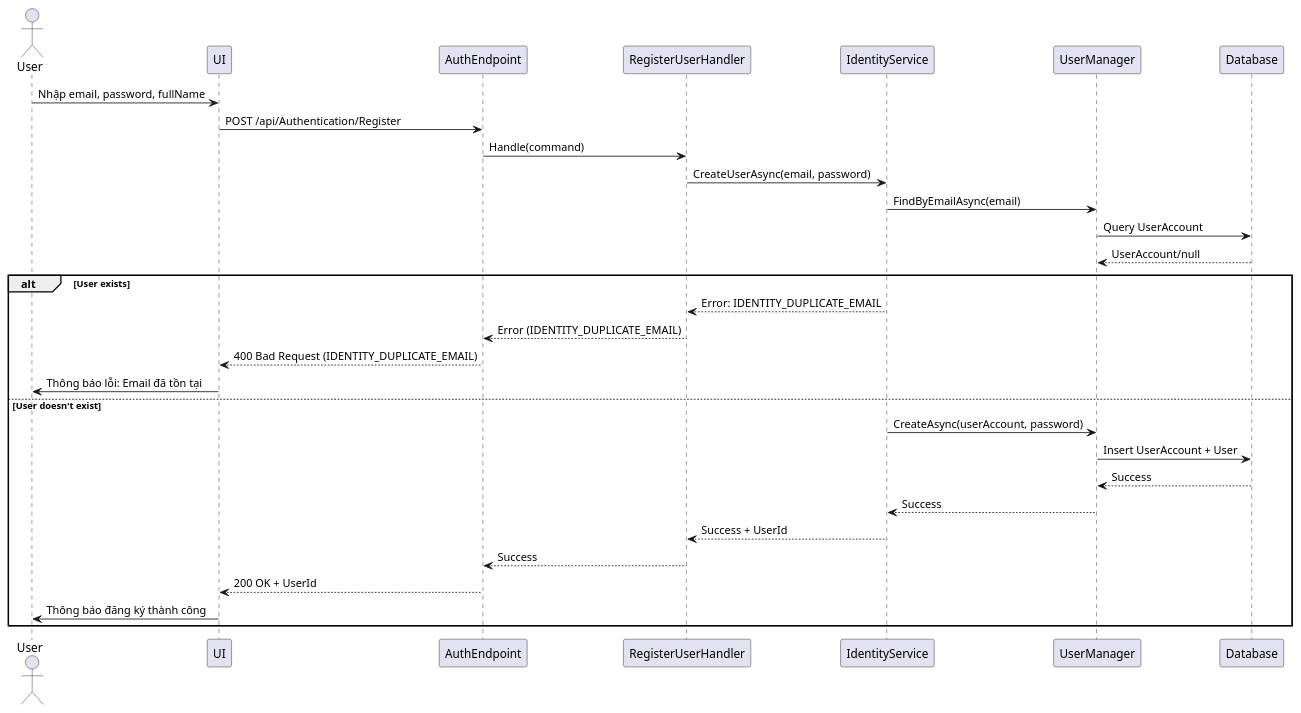
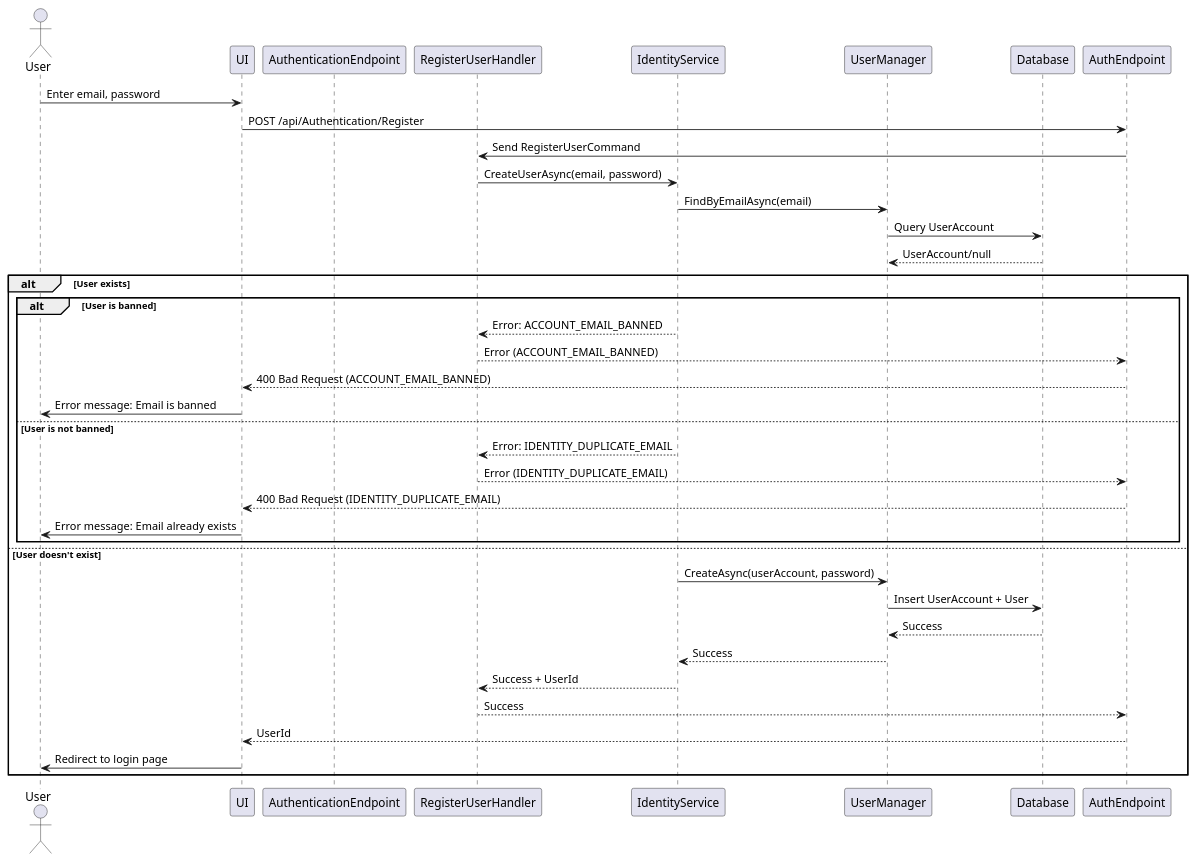
One commit to thanhkhac/SEP_Diagram changed the diagram in authentication/Sequence/01_Register.puml. Above: the diagram before and after it, drawn with PlantUML. The commit also changed 2 other files, not shown here.

Commit message:
Register

```diff
--- a/authentication/Sequence/01_Register.puml
+++ b/authentication/Sequence/01_Register.puml
@@ -1,32 +1,39 @@
 @startuml
 actor User
 participant UI
-participant AuthEndpoint
+participant AuthenticationEndpoint
 participant RegisterUserHandler
 participant IdentityService
 participant UserManager
 participant Database
 
-User -> UI : Nhập email, password, fullName
+User -> UI : Enter email, password
 UI -> AuthEndpoint : POST /api/Authentication/Register
-AuthEndpoint -> RegisterUserHandler : Handle(command)
+AuthEndpoint -> RegisterUserHandler : Send RegisterUserCommand
 RegisterUserHandler -> IdentityService : CreateUserAsync(email, password)
 IdentityService -> UserManager : FindByEmailAsync(email)
 UserManager -> Database : Query UserAccount
 Database --> UserManager : UserAccount/null
 alt User exists
-    IdentityService --> RegisterUserHandler : Error: IDENTITY_DUPLICATE_EMAIL
-    RegisterUserHandler --> AuthEndpoint : Error (IDENTITY_DUPLICATE_EMAIL)
-    AuthEndpoint --> UI : 400 Bad Request (IDENTITY_DUPLICATE_EMAIL)
-    UI -> User : Thông báo lỗi: Email đã tồn tại
+    alt User is banned
+        IdentityService --> RegisterUserHandler : Error: ACCOUNT_EMAIL_BANNED
+        RegisterUserHandler --> AuthEndpoint : Error (ACCOUNT_EMAIL_BANNED)
+        AuthEndpoint --> UI : 400 Bad Request (ACCOUNT_EMAIL_BANNED)
+        UI -> User : Error message: Email is banned
+    else User is not banned
+        IdentityService --> RegisterUserHandler : Error: IDENTITY_DUPLICATE_EMAIL
+        RegisterUserHandler --> AuthEndpoint : Error (IDENTITY_DUPLICATE_EMAIL)
+        AuthEndpoint --> UI : 400 Bad Request (IDENTITY_DUPLICATE_EMAIL)
+        UI -> User : Error message: Email already exists
+    end
 else User doesn't exist
     IdentityService -> UserManager : CreateAsync(userAccount, password)
     UserManager -> Database : Insert UserAccount + User
     Database --> UserManager : Success
     UserManager --> IdentityService : Success
     IdentityService --> RegisterUserHandler : Success + UserId
     RegisterUserHandler --> AuthEndpoint : Success
-    AuthEndpoint --> UI : 200 OK + UserId
-    UI -> User : Thông báo đăng ký thành công
+    AuthEndpoint --> UI : UserId
+    UI -> User : Redirect to login page
 end
 @enduml
```
